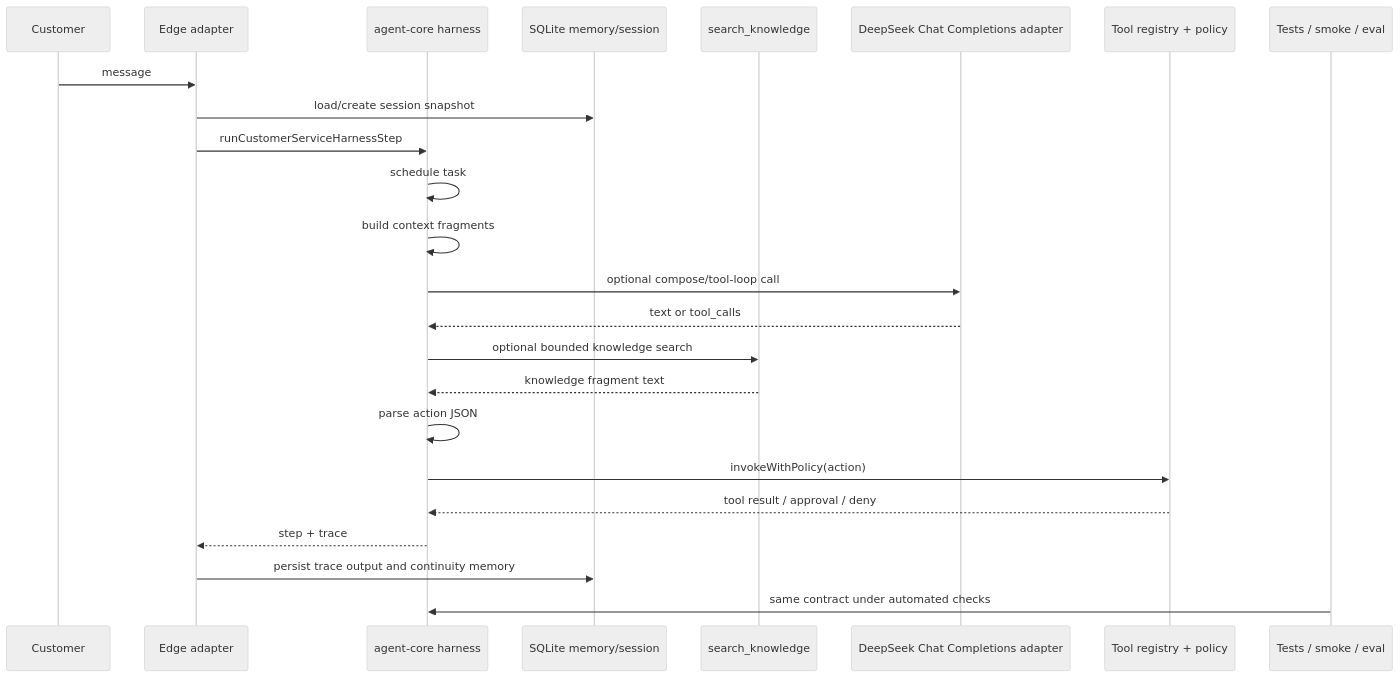
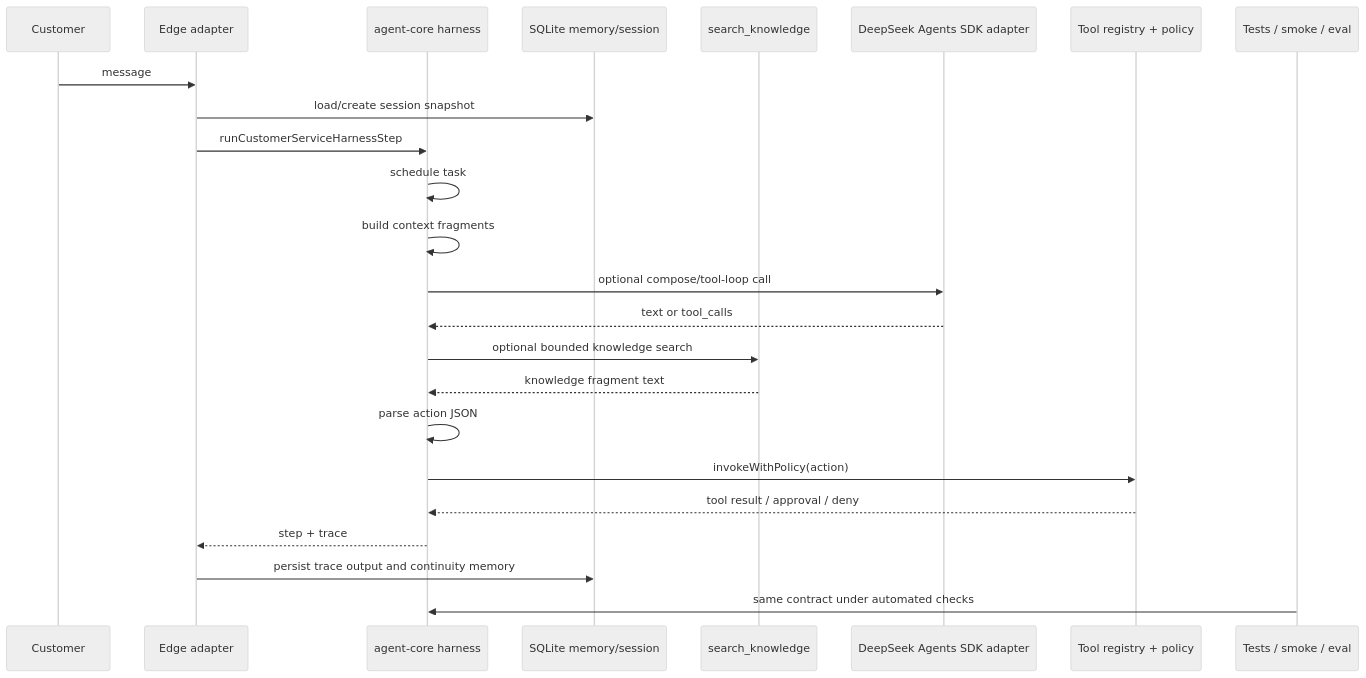
Before and after one commit to ImWenyaoT/chatty: the first of 6 diagrams in docs/current-architecture.md, drawn with Mermaid (neutral theme). The commit also changed other lines of this file and 26 other files, not shown here.

````diff
--- a/docs/current-architecture.md
+++ b/docs/current-architecture.md
@@ -80,27 +80,27 @@
 ```mermaid
 sequenceDiagram
   participant User as Customer
   participant Adapter as Edge adapter
   participant Harness as agent-core harness
   participant Memory as SQLite memory/session
   participant Search as search_knowledge
-  participant LLM as DeepSeek Chat Completions adapter
+  participant LLM as DeepSeek Agents SDK adapter
   participant Tools as Tool registry + policy
   participant Eval as Tests / smoke / eval
 
   User->>Adapter: message
   Adapter->>Memory: load/create session snapshot
   Adapter->>Harness: runCustomerServiceHarnessStep
   Harness->>Harness: schedule task
   Harness->>Harness: build context fragments
   Harness->>LLM: optional compose/tool-loop call
   LLM-->>Harness: text or tool_calls
   Harness->>Search: optional bounded knowledge search
   Search-->>Harness: knowledge fragment text
   Harness->>Harness: parse action JSON
   Harness->>Tools: invokeWithPolicy(action)
   Tools-->>Harness: tool result / approval / deny
   Harness-->>Adapter: step + trace
   Adapter->>Memory: persist trace output and continuity memory
   Eval->>Harness: same contract under automated checks
 ```
````
